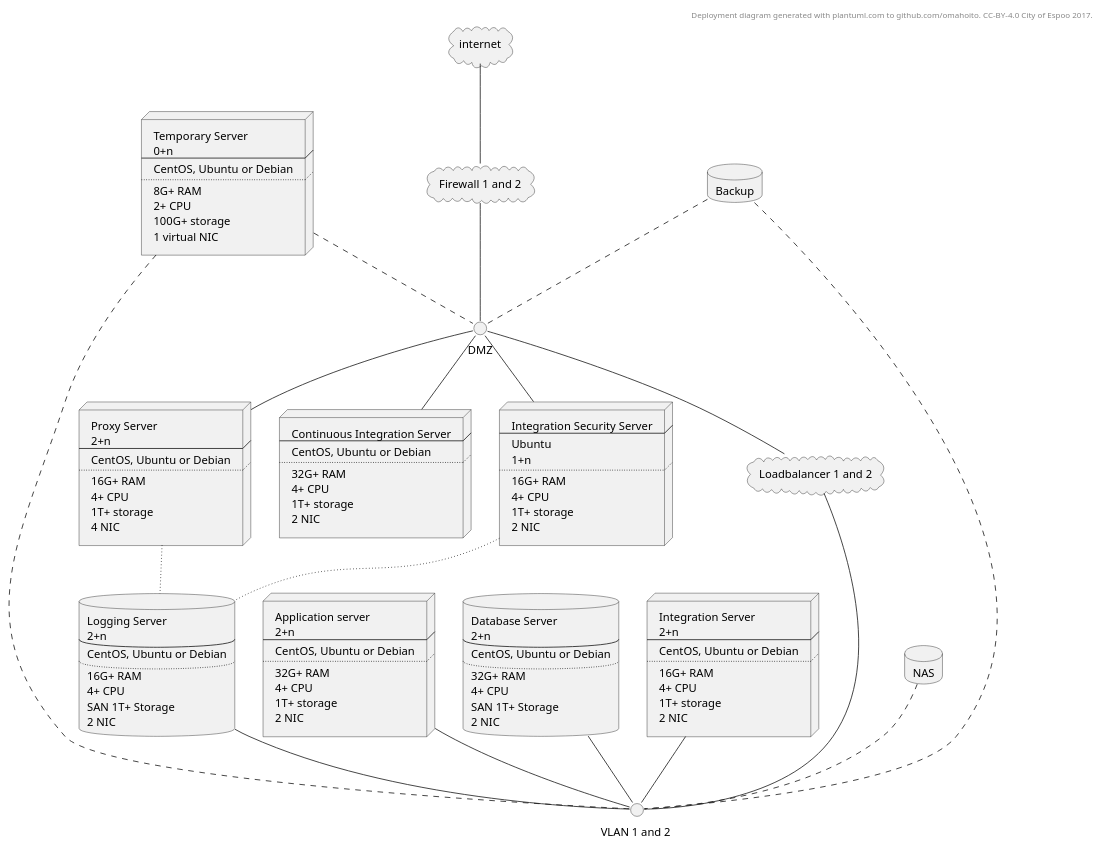
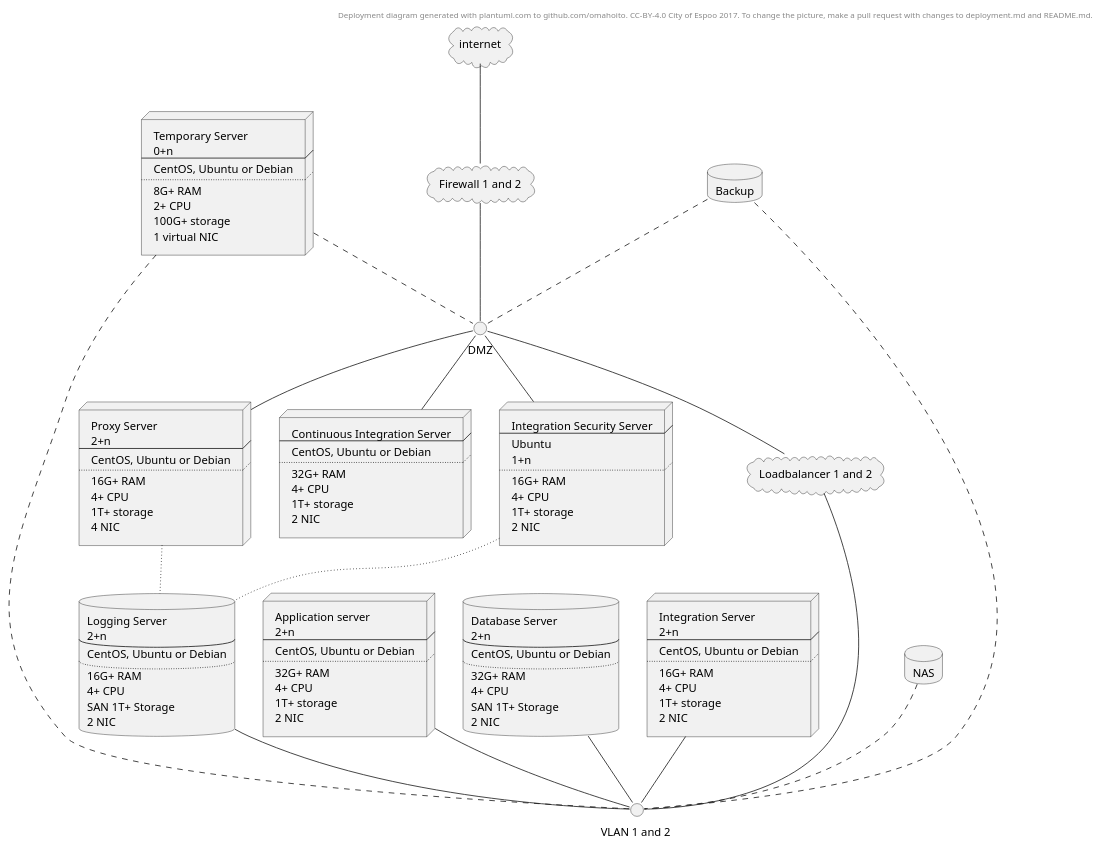
Before and after one commit to ruoat/definitions: the diagram in deployment.MD, drawn with PlantUML.

```diff
--- a/deployment.MD
+++ b/deployment.MD
@@ -1,6 +1,6 @@
 @startuml
 header
-Deployment diagram generated with plantuml.com to github.com/omahoito. CC-BY-4.0 City of Espoo 2017.
+Deployment diagram generated with plantuml.com to github.com/omahoito. CC-BY-4.0 City of Espoo 2017. To change the picture, make a pull request with changes to deployment.md and README.md.
 endheader
 
 cloud internet
```
